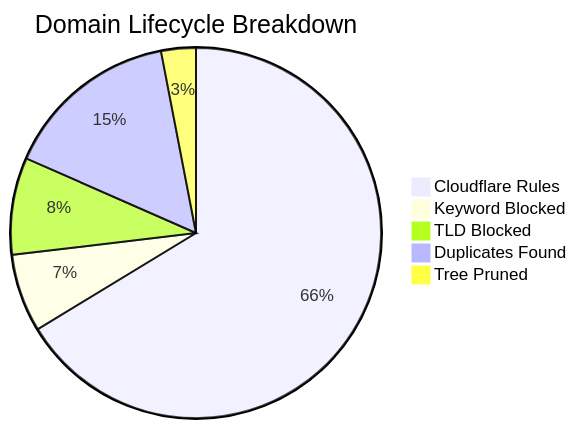
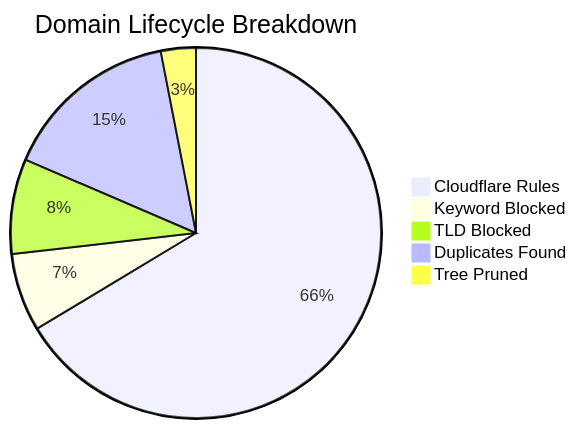
The diagram in README_STATS.md (brojangles24/Cloudflare-ZeroTrust-AdBlock), drawn with Mermaid before and after one commit. The commit also changed other lines of this file and 1 other file, not shown here.

````diff
--- a/README_STATS.md
+++ b/README_STATS.md
@@ -5,8 +5,8 @@
 ```mermaid
 pie title Domain Lifecycle Breakdown
-    "Cloudflare Rules" : 269235
-    "Keyword Blocked" : 27633
-    "TLD Blocked" : 34406
-    "Duplicates Found" : 62438
-    "Tree Pruned" : 12304
+    "Cloudflare Rules" : 267195
+    "Keyword Blocked" : 27427
+    "TLD Blocked" : 33323
+    "Duplicates Found" : 62326
+    "Tree Pruned" : 12303
 ```
````
